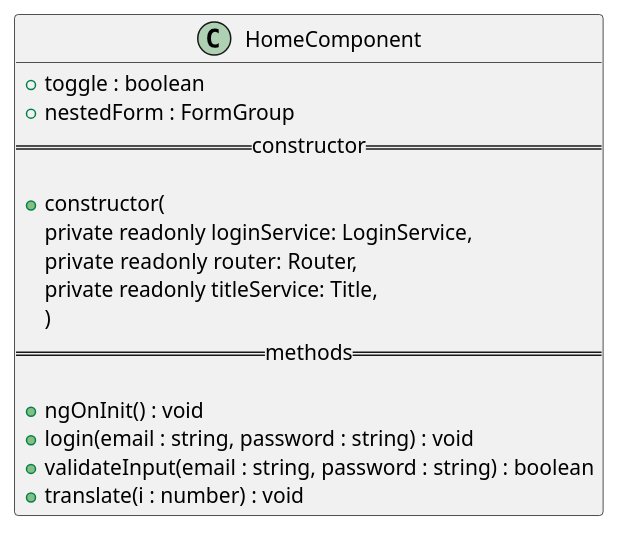
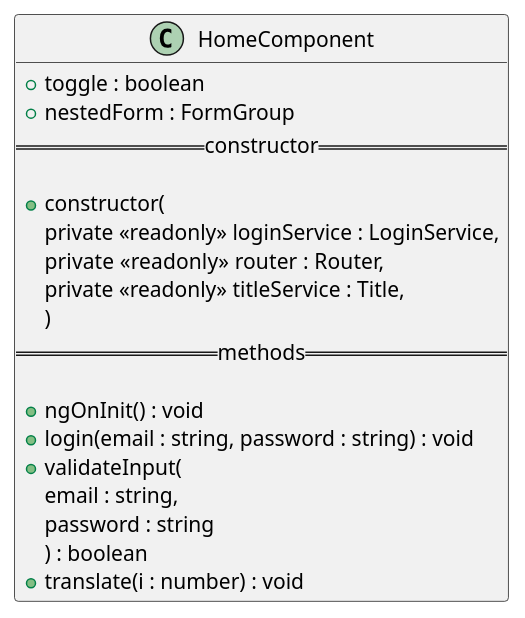
The diagram in docs/diagrams/view/routes/HomeComponent.pu (GruppOne/stalker-web-app), drawn with PlantUML before and after one commit. The commit also changed 12 other files, not shown here.

Commit message:
docs: add newlines to better rendering of diagrams

```diff
--- a/docs/diagrams/view/routes/HomeComponent.pu
+++ b/docs/diagrams/view/routes/HomeComponent.pu
@@ -1,19 +1,22 @@
 @startuml HomeComponent diagram
 class HomeComponent {
   + toggle : boolean
   + nestedForm : FormGroup
   ==constructor==
 
   + constructor(
-    private readonly loginService: LoginService,
-    private readonly router: Router,
-    private readonly titleService: Title,
+    private <<readonly>> loginService : LoginService,
+    private <<readonly>> router : Router,
+    private <<readonly>> titleService : Title,
   )
   ==methods==
 
   + ngOnInit() : void
   + login(email : string, password : string) : void
-  + validateInput(email : string, password : string) : boolean
+  + validateInput(
+    email : string,
+    password : string
+    ) : boolean
   + translate(i : number) : void
 }
 @enduml
```
